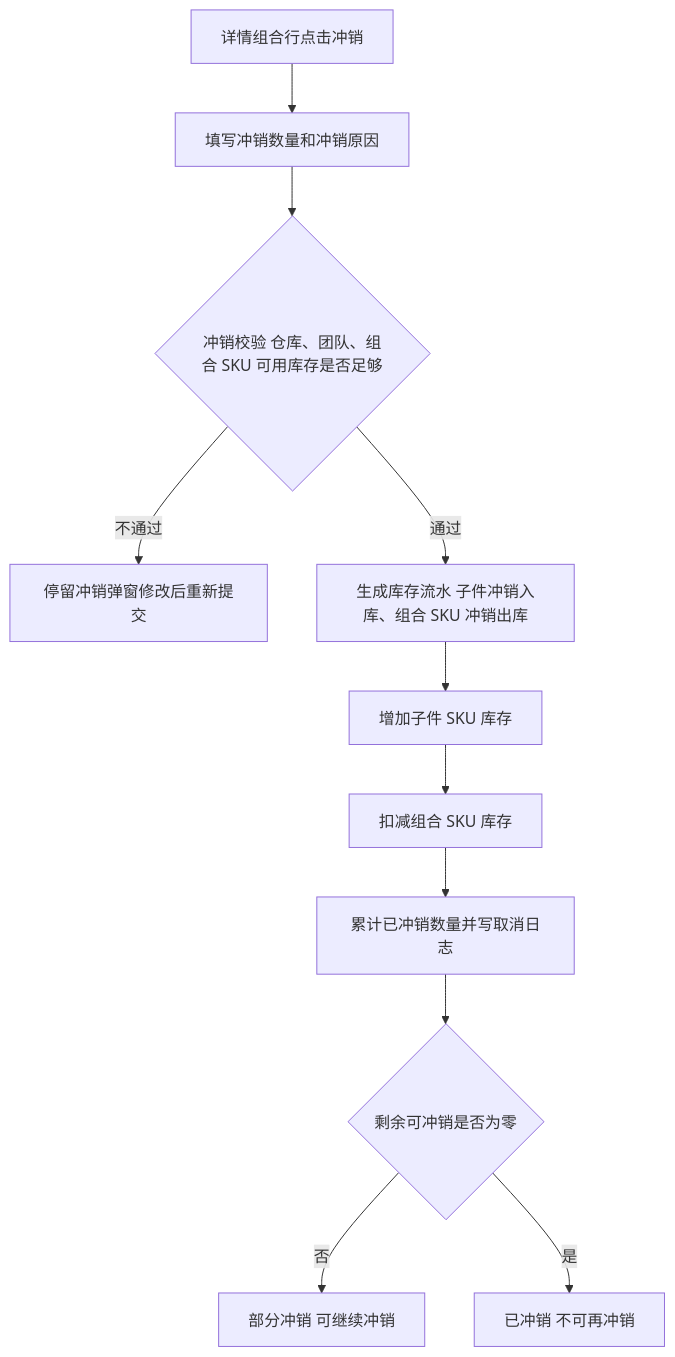
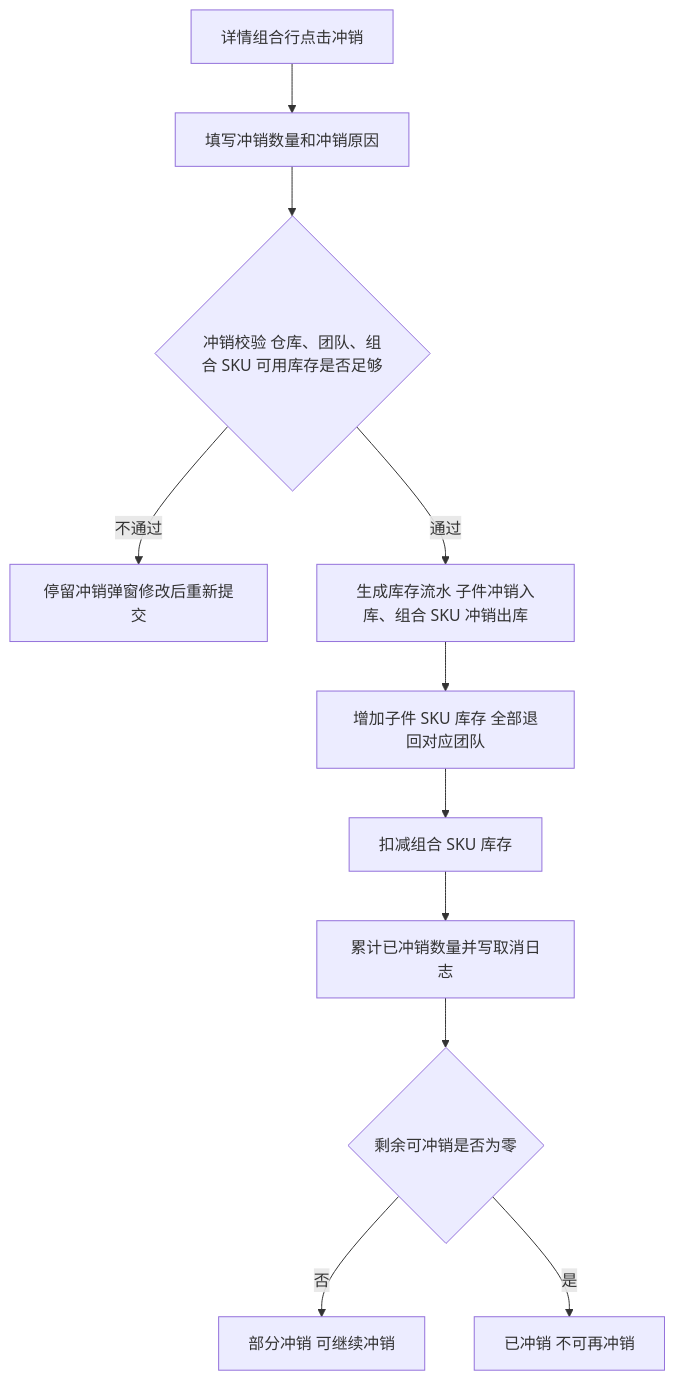
The third of 3 diagrams in PRD/加工单全流程管理 PRD.md (heiquanrenheiquanren-lab/Middle-Platform-Pages), drawn with Mermaid before and after one commit. The commit also changed other lines of this file and 16 other files, not shown here.

````diff
--- a/PRD/加工单全流程管理 PRD.md
+++ b/PRD/加工单全流程管理 PRD.md
@@ -248,13 +253,13 @@
 ```mermaid
 flowchart TD
     A[详情组合行点击冲销] --> B[填写冲销数量和冲销原因]
     B --> C{冲销校验 仓库、团队、组合 SKU 可用库存是否足够}
     C -->|不通过| C1[停留冲销弹窗修改后重新提交]
     C -->|通过| D[生成库存流水 子件冲销入库、组合 SKU 冲销出库]
-    D --> E[增加子件 SKU 库存]
+    D --> E[增加子件 SKU 库存 全部退回对应团队]
     E --> F[扣减组合 SKU 库存]
     F --> G[累计已冲销数量并写取消日志]
     G --> H{剩余可冲销是否为零}
     H -->|否| I[部分冲销 可继续冲销]
     H -->|是| J[已冲销 不可再冲销]
 ```
````
